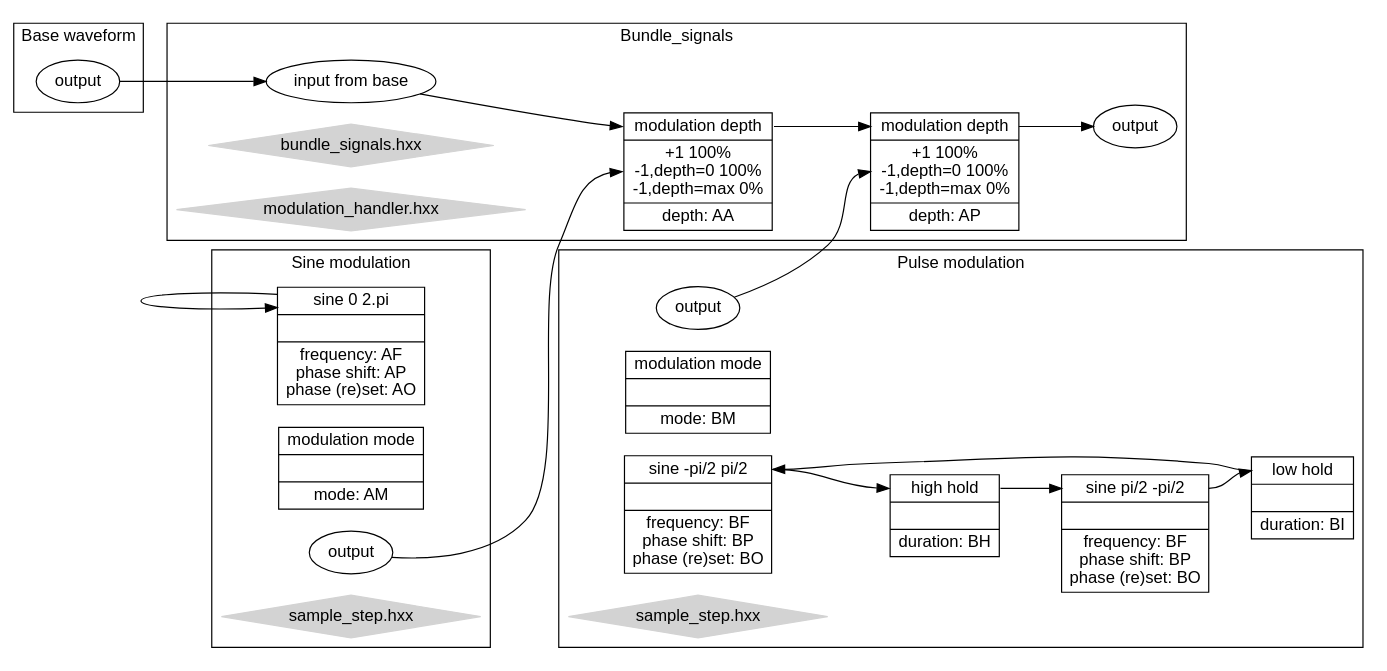
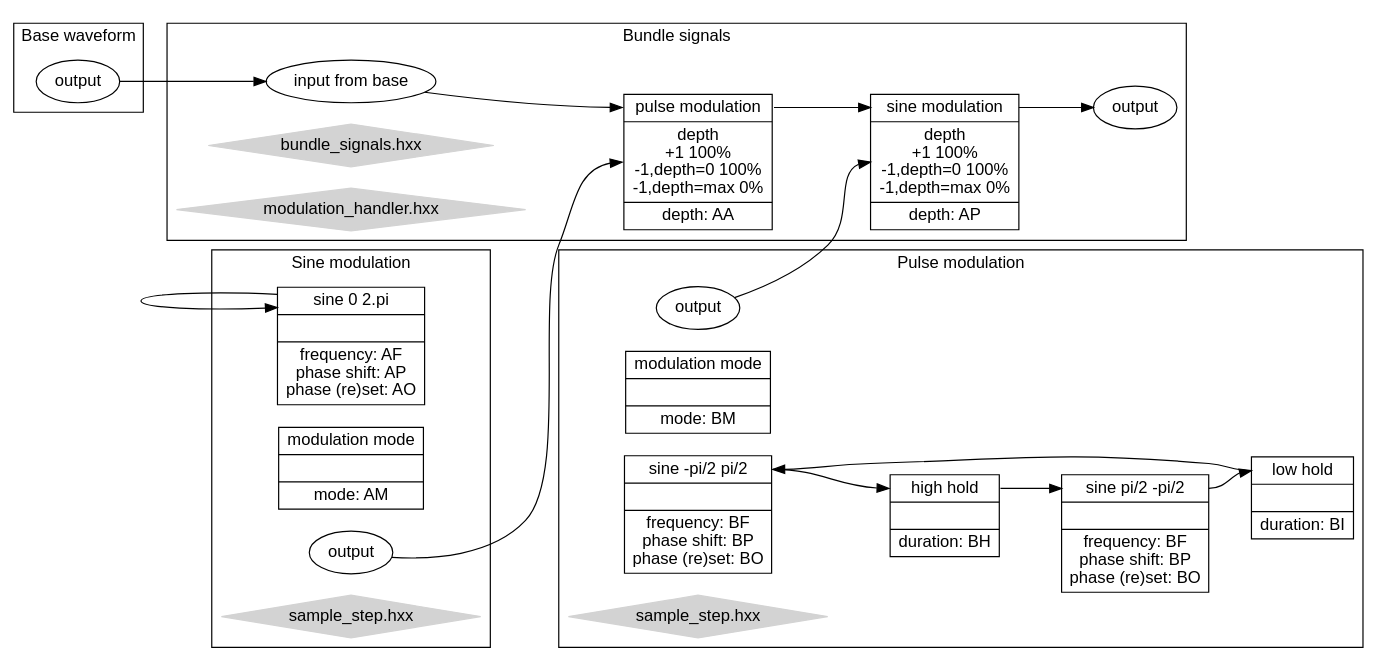
One commit to ElecGeek/MultiSignalGene changed the diagram in Documentation/Modulation.gv. Above: the diagram before and after it, drawn with Graphviz. The commit also changed 3 other files, not shown here.

```diff
--- a/Documentation/Modulation.gv
+++ b/Documentation/Modulation.gv
@@ -1,63 +1,63 @@
 digraph g {
 		 fontname="Helvetica,Arial,sans-sherif"
 		 node [fontname="Helvetica,Arial,sans-sherif"]
 		 edge [fontname="Helvetica,Arial,sans-sherif"]
 		 graph [rankdir="LR"]
 
 		 subgraph cluster_sample_base {
 				  label = "Base waveform";
 				  node [label="output";shape=ellipse] "n_sample_base_out";
 		 }
 
 		 subgraph cluster_sample_modulation {
 		 		  node [shape=record]
 		 		  node [label="<f0>sine 0 2.pi||frequency: AF\nphase shift: AP\nphase (re)set: AO"] "n_sample_modulation_1";
 		 		  node [label="<f0>modulation mode||mode: AM"] "n_sample_modulation_mode_1";
 				  "n_sample_modulation_1":f0 -> "n_sample_modulation_1":f0;
 				  label = "Sine modulation";
 				  node [label="output";shape=ellipse] "n_sample_modulation_out";
 				  node [label="sample_step.hxx";shape=diamond;style=filled;color=lightgrey] "n_sample_modulation_filename";
 		 }
 
 		 subgraph cluster_sample_pulse {
 		 		  subgraph sample_pulse_cycle {
 				  		 		  node [shape=record]
 		 		  				  node [label="<f0>sine -pi/2 pi/2||frequency: BF\nphase shift: BP\nphase (re)set: BO"] "n_sample_pulse_1";
 		 		  				  node [label="<f0>high hold||duration: BH"] "n_sample_pulse_2";
 		 		  				  node [label="<f0>sine pi/2 -pi/2||frequency: BF\nphase shift: BP\nphase (re)set: BO"] "n_sample_pulse_3";
 		 		  				  node [label="<f0>low hold||duration: BI"] "n_sample_pulse_4";
 				  }
 		 		  node [shape=record]
 		 		  node [label="<f0>modulation mode||mode: BM"] "n_sample_pulse_mode_1";
 				  "n_sample_pulse_1":f0 -> "n_sample_pulse_2":f0;
 				  "n_sample_pulse_2":f0 -> "n_sample_pulse_3":f0;
 				  "n_sample_pulse_3":f0 -> "n_sample_pulse_4":f0;
 				  "n_sample_pulse_4":f0 -> "n_sample_pulse_1":f0;
 				  label = "Pulse modulation";
 				  node [label="output";shape=ellipse] "n_sample_pulse_out";
 				  node [label="sample_step.hxx";shape=diamond;style=filled;color=lightgrey] "n_sample_pulse_filename";
 		 }
 
 		 subgraph cluster_sample_bundle {
   		 		  node [label="input from base";shape=ellipse] "n_bundle_signals_in";
 				  subgraph sample_bundle_process
 				  {
 						node [shape=record]
-		 		  		node [label="<f0>modulation depth|<f1>+1 100%\n-1,depth=0 100%\n-1,depth=max 0%|depth: AP"] "n_sample_pulse_depth";
-		 		  		node [label="<f0>modulation depth|<f1>+1 100%\n-1,depth=0 100%\n-1,depth=max 0%|depth: AA"] "n_sample_modulation_depth";
+		 		  		node [label="<f0>sine modulation|<f1>depth\n+1 100%\n-1,depth=0 100%\n-1,depth=max 0%|depth: AP"] "n_sample_pulse_depth";
+		 		  		node [label="<f0>pulse modulation|<f1>depth\n+1 100%\n-1,depth=0 100%\n-1,depth=max 0%|depth: AA"] "n_sample_modulation_depth";
 				  		"n_sample_modulation_depth":f0 -> "n_sample_pulse_depth":f0;
 				  }
 				  "n_bundle_signals_in" -> "n_sample_modulation_depth":f0;
 				  node [label="output";shape=ellipse] "n_bundle_signals_out";
 				  "n_sample_pulse_depth":f0 -> "n_bundle_signals_out";
-				  label = "Bundle_signals";
+				  label = "Bundle signals";
 				  node [label="bundle_signals.hxx";shape=diamond;style=filled;color=lightgrey] "n_sample_bundle_filename";
 				  node [label="modulation_handler.hxx";shape=diamond;style=filled;color=lightgrey] "n_sample_modulator_filename";
 		 }
 		 "n_sample_modulation_out" -> "n_sample_modulation_depth":f1;
 		 "n_sample_pulse_out" -> "n_sample_pulse_depth":f1;
 
 		 "n_sample_base_out" -> "n_bundle_signals_in";
 
 
 }
```
